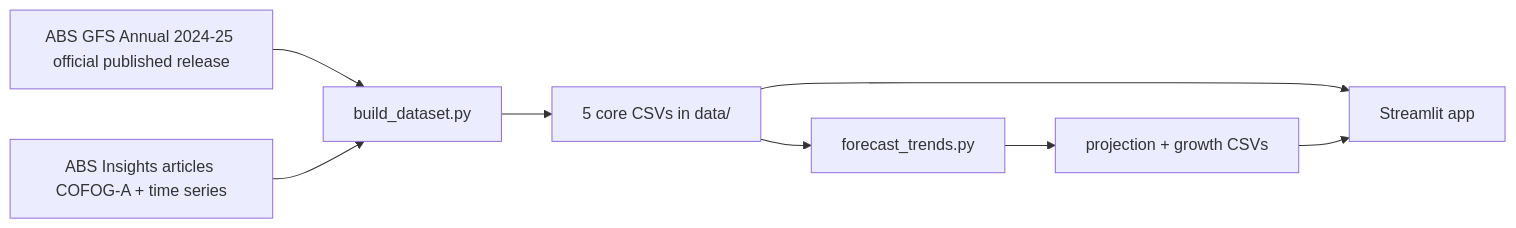
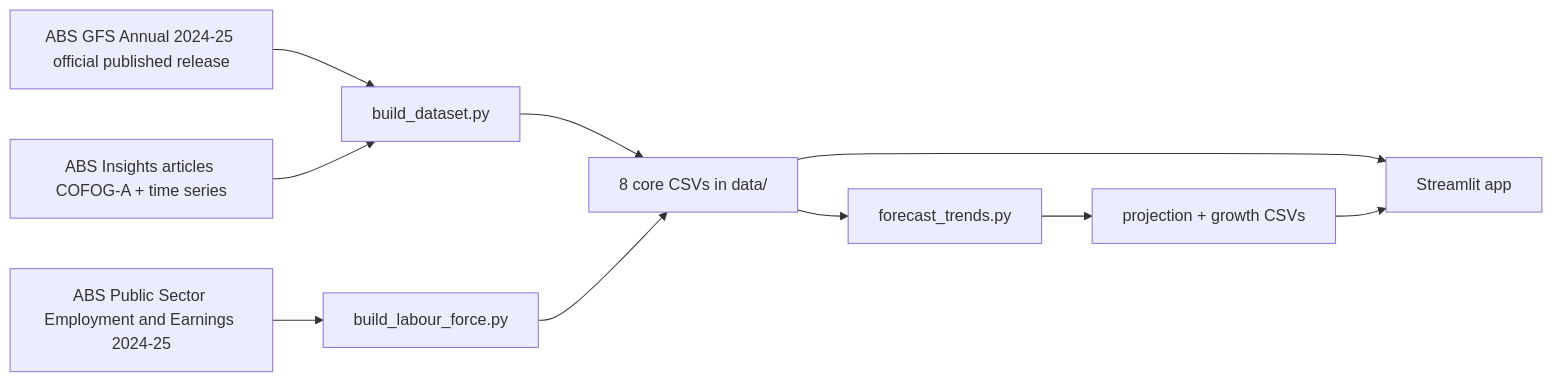
The diagram in README.md (fahadamjad009/govt-budget-transparency-dashboard), drawn with Mermaid before and after one commit. The commit also changed other lines of this file and 5 other files, not shown here.

Commit message:
Add Labour Force & Productivity tab with ABS public sector employment data

````diff
--- a/README.md
+++ b/README.md
@@ -25,10 +29,12 @@
 ```mermaid
 flowchart LR
     A[ABS GFS Annual 2024-25 official published release] --> C[build_dataset.py]
     B[ABS Insights articles COFOG-A + time series] --> C
-    C --> D[5 core CSVs in data/]
+    L[ABS Public Sector Employment and Earnings 2024-25] --> M[build_labour_force.py]
+    C --> D[8 core CSVs in data/]
+    M --> D
     D --> E[forecast_trends.py]
     E --> F[projection + growth CSVs]
     D --> G[Streamlit app]
     F --> G
 ```
````
